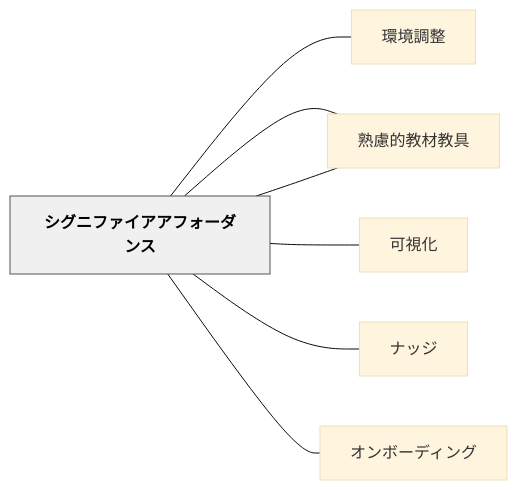
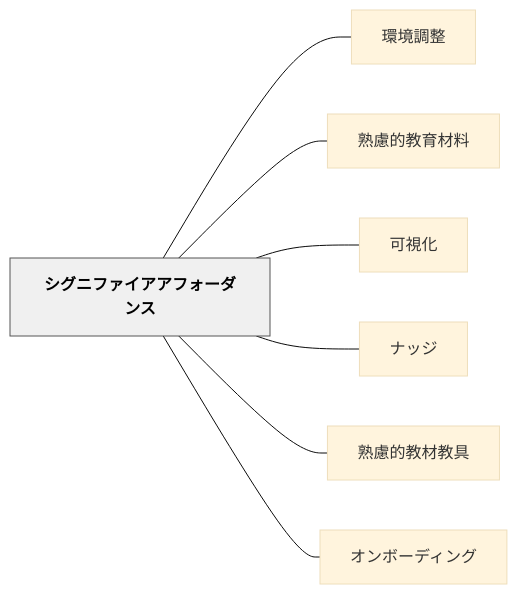
Before and after one commit to unknownthings-ed-patterns/unknownthings-ed-patterns: the diagram in content/パタン/シグニファイアアフォーダンス.md, drawn with Mermaid (base theme). The commit also changed 527 other files, not shown here.

````diff
--- a/content/パタン/シグニファイアアフォーダンス.md
+++ b/content/パタン/シグニファイアアフォーダンス.md
@@ -152,20 +152,20 @@
 ```mermaid
 flowchart LR
-    ne382b7e382b0["シグニファイアアフォーダンス"]
-    ne792b0e5a283["環境調整"]
-    ne7869fe685ae["熟慮的教育材料"]
-    ne58fafe8a696["可視化"]
-    ne3838ae38383["ナッジ"]
-    ne7869fe685ae["熟慮的教材教具"]
-    ne382aae383b3["オンボーディング"]
+    ne382b7e382b0e3838be38395e382a1e382a4e382a2e382a2e38395e382a9e383bce38380e383b3e382b9["シグニファイアアフォーダンス"]
+    ne792b0e5a283e8aabfe695b4["環境調整"]
+    ne7869fe685aee79a84e69599e882b2e69d90e69699["熟慮的教育材料"]
+    ne58fafe8a696e58c96["可視化"]
+    ne3838ae38383e382b8["ナッジ"]
+    ne7869fe685aee79a84e69599e69d90e69599e585b7["熟慮的教材教具"]
+    ne382aae383b3e3839ce383bce38387e382a3e383b3e382b0["オンボーディング"]
 
-    ne382b7e382b0 --- ne792b0e5a283
-    ne382b7e382b0 --- ne7869fe685ae
-    ne382b7e382b0 --- ne58fafe8a696
-    ne382b7e382b0 --- ne3838ae38383
-    ne382b7e382b0 --- ne7869fe685ae
-    ne382b7e382b0 --- ne382aae383b3
+    ne382b7e382b0e3838be38395e382a1e382a4e382a2e382a2e38395e382a9e383bce38380e383b3e382b9 --- ne792b0e5a283e8aabfe695b4
+    ne382b7e382b0e3838be38395e382a1e382a4e382a2e382a2e38395e382a9e383bce38380e383b3e382b9 --- ne7869fe685aee79a84e69599e882b2e69d90e69699
+    ne382b7e382b0e3838be38395e382a1e382a4e382a2e382a2e38395e382a9e383bce38380e383b3e382b9 --- ne58fafe8a696e58c96
+    ne382b7e382b0e3838be38395e382a1e382a4e382a2e382a2e38395e382a9e383bce38380e383b3e382b9 --- ne3838ae38383e382b8
+    ne382b7e382b0e3838be38395e382a1e382a4e382a2e382a2e38395e382a9e383bce38380e383b3e382b9 --- ne7869fe685aee79a84e69599e69d90e69599e585b7
+    ne382b7e382b0e3838be38395e382a1e382a4e382a2e382a2e38395e382a9e383bce38380e383b3e382b9 --- ne382aae383b3e3839ce383bce38387e382a3e383b3e382b0
 
     classDef hub fill:#f0f0f0,stroke:#555,color:#000,font-weight:bold
-    class ne382b7e382b0 hub
+    class ne382b7e382b0e3838be38395e382a1e382a4e382a2e382a2e38395e382a9e383bce38380e383b3e382b9 hub
 ```
````
